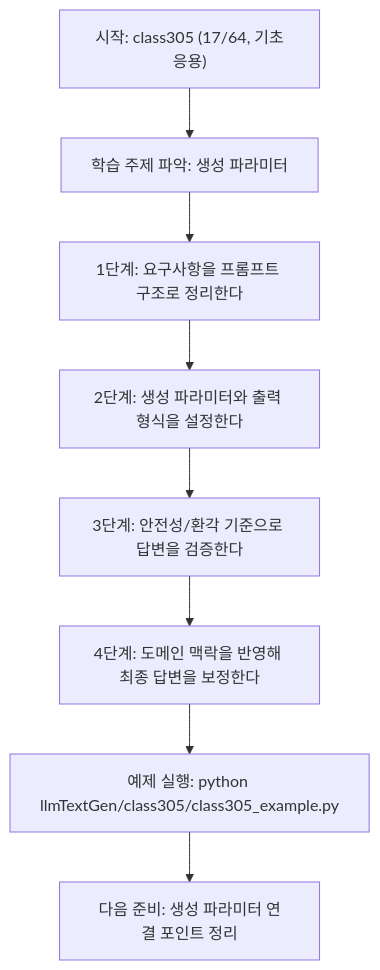
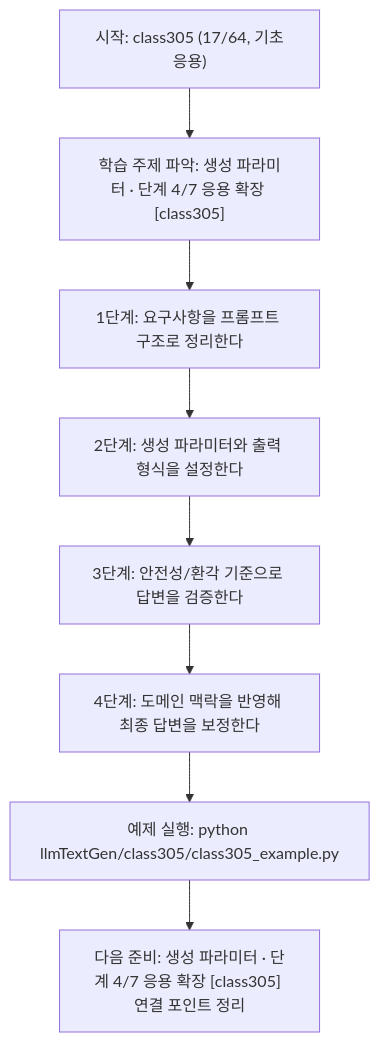
The diagram in llmTextGen/class305/class305.md (edumgt/Python-AI_Agent-Class), drawn with Mermaid before and after one commit. The commit also changed other lines of this file and 522 other files, not shown here.

````diff
--- a/llmTextGen/class305/class305.md
+++ b/llmTextGen/class305/class305.md
@@ -112,18 +113,18 @@
 ```mermaid
 flowchart TD
 N1["시작: class305 (17/64, 기초응용)"]
-N2["학습 주제 파악: 생성 파라미터"]
+N2["학습 주제 파악: 생성 파라미터 · 단계 4/7 응용 확장 [class305]"]
 N3["1단계: 요구사항을 프롬프트 구조로 정리한다"]
 N4["2단계: 생성 파라미터와 출력 형식을 설정한다"]
 N5["3단계: 안전성/환각 기준으로 답변을 검증한다"]
 N6["4단계: 도메인 맥락을 반영해 최종 답변을 보정한다"]
 N7["예제 실행: python llmTextGen/class305/class305_example.py"]
-N8["다음 준비: 생성 파라미터 연결 포인트 정리"]
+N8["다음 준비: 생성 파라미터 · 단계 4/7 응용 확장 [class305] 연결 포인트 정리"]
 N1 --> N2
 N2 --> N3
 N3 --> N4
 N4 --> N5
 N5 --> N6
 N6 --> N7
 N7 --> N8
 ```
````
